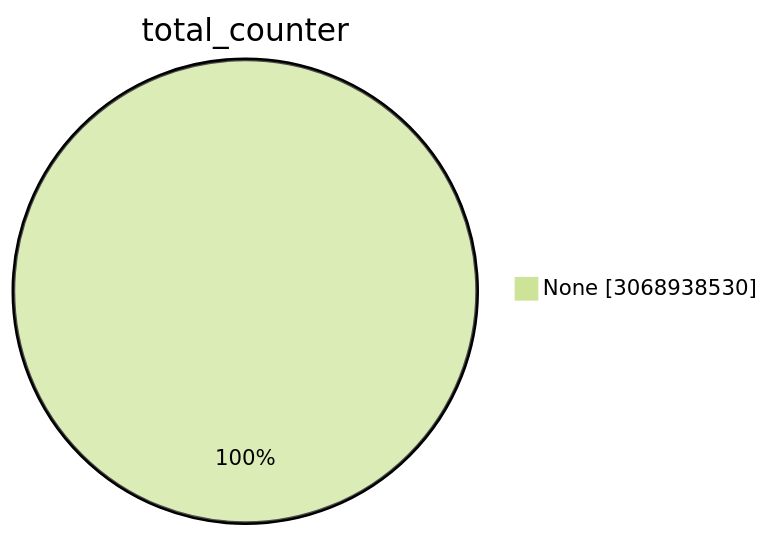
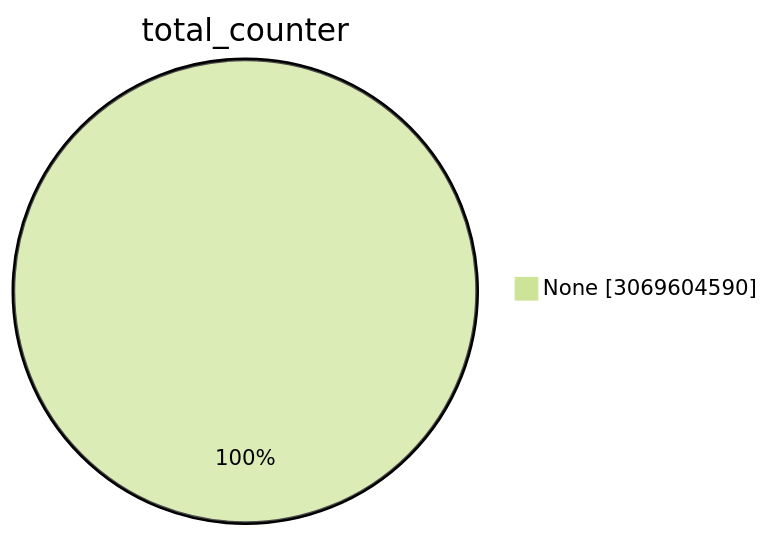
One commit to christiankrug/ctmonitor_visualization changed the first of 15 diagrams in TOTAL/README.md. Above: the diagram before and after it, drawn with Mermaid (forest theme). The commit also changed other lines of this file, not shown here.

````diff
--- a/TOTAL/README.md
+++ b/TOTAL/README.md
@@ -1,5 +1,5 @@
 ```mermaid
 pie showData
 title total_counter
-"None" :3068938530
+"None" :3069604590
 ```
````
